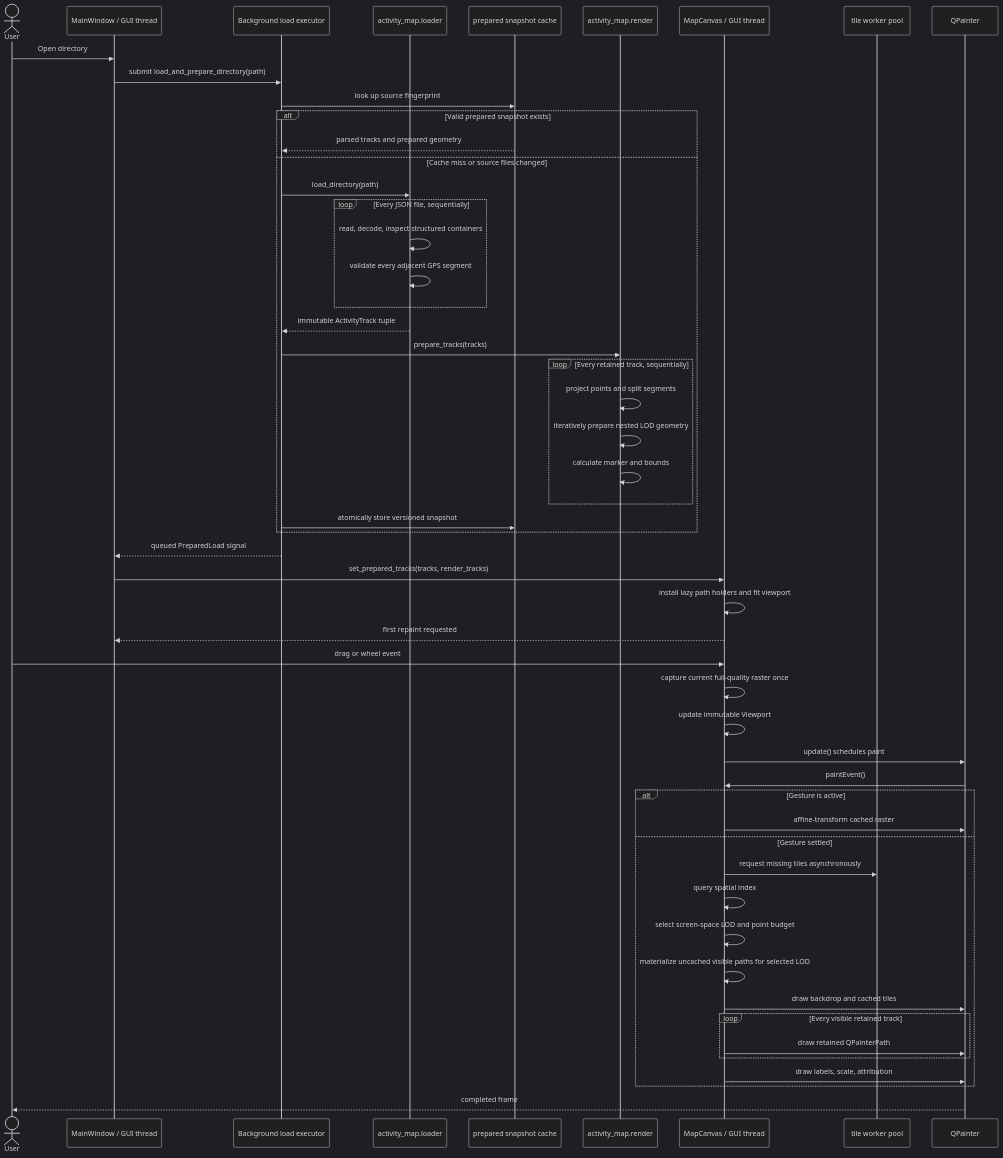
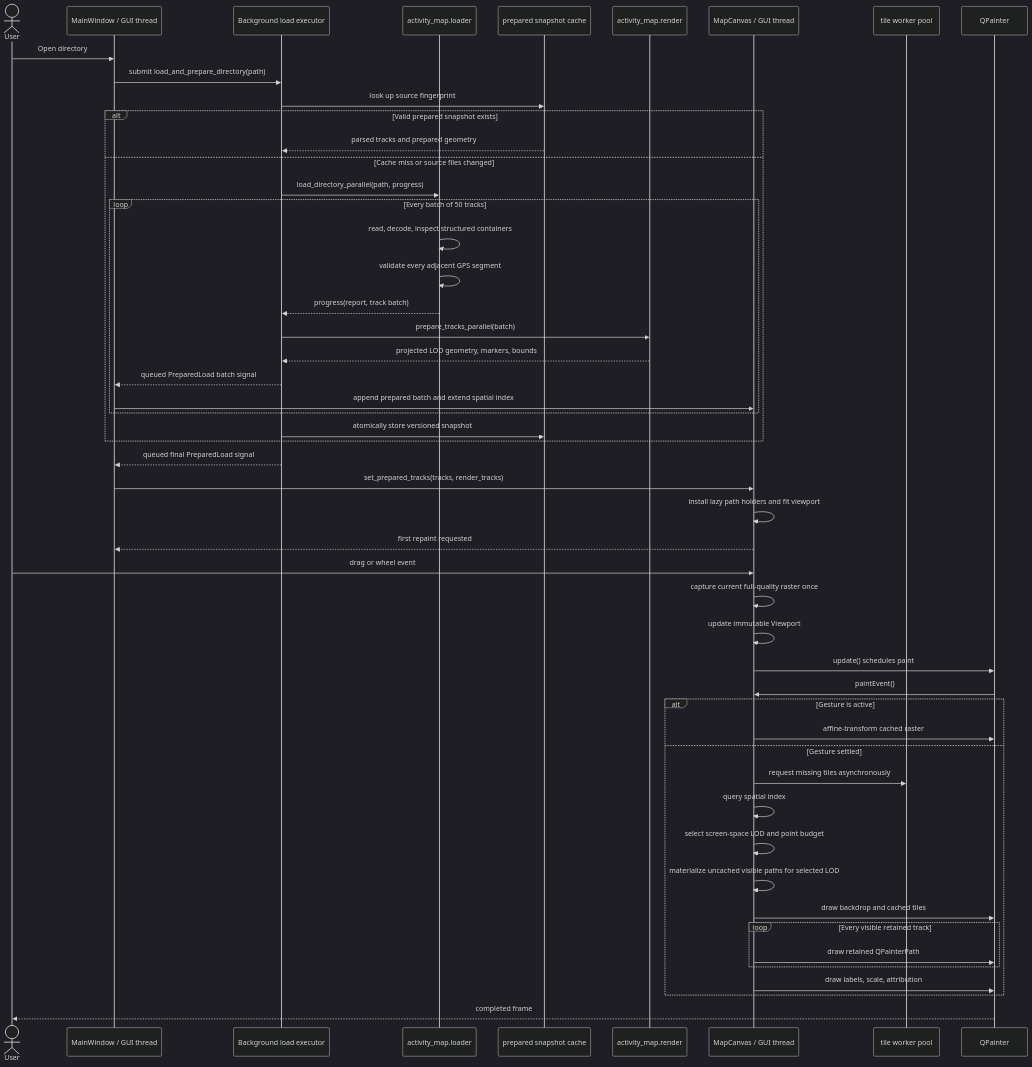
Before and after one commit to marcelpetrick/GarminActivityMap: the second of 3 diagrams in documents/data_flow.md, drawn with Mermaid (dark theme). The commit also changed other lines of this file and 4 other files, not shown here.

First line of the commit message:
docs(data-flow): describe the current batched loading and LOD pipeline

````diff
--- a/documents/data_flow.md
+++ b/documents/data_flow.md
@@ -67,57 +72,55 @@
 ```mermaid
 sequenceDiagram
   actor User
   participant Window as MainWindow / GUI thread
   participant Worker as Background load executor
   participant Loader as activity_map.loader
   participant Cache as prepared snapshot cache
   participant Render as activity_map.render
   participant Canvas as MapCanvas / GUI thread
   participant Tiles as tile worker pool
   participant Qt as QPainter
 
   User->>Window: Open directory
   Window->>Worker: submit load_and_prepare_directory(path)
   Worker->>Cache: look up source fingerprint
   alt Valid prepared snapshot exists
     Cache-->>Worker: parsed tracks and prepared geometry
   else Cache miss or source files changed
-    Worker->>Loader: load_directory(path)
-    loop Every JSON file, sequentially
+    Worker->>Loader: load_directory_parallel(path, progress)
+    loop Every batch of 50 tracks
       Loader->>Loader: read, decode, inspect structured containers
       Loader->>Loader: validate every adjacent GPS segment
-    end
-    Loader-->>Worker: immutable ActivityTrack tuple
-    Worker->>Render: prepare_tracks(tracks)
-    loop Every retained track, sequentially
-      Render->>Render: project points and split segments
-      Render->>Render: iteratively prepare nested LOD geometry
-      Render->>Render: calculate marker and bounds
+      Loader-->>Worker: progress(report, track batch)
+      Worker->>Render: prepare_tracks_parallel(batch)
+      Render-->>Worker: projected LOD geometry, markers, bounds
+      Worker-->>Window: queued PreparedLoad batch signal
+      Window->>Canvas: append prepared batch and extend spatial index
     end
     Worker->>Cache: atomically store versioned snapshot
   end
-  Worker-->>Window: queued PreparedLoad signal
+  Worker-->>Window: queued final PreparedLoad signal
   Window->>Canvas: set_prepared_tracks(tracks, render_tracks)
   Canvas->>Canvas: install lazy path holders and fit viewport
   Canvas-->>Window: first repaint requested
 
   User->>Canvas: drag or wheel event
   Canvas->>Canvas: capture current full-quality raster once
   Canvas->>Canvas: update immutable Viewport
   Canvas->>Qt: update() schedules paint
   Qt->>Canvas: paintEvent()
   alt Gesture is active
     Canvas->>Qt: affine-transform cached raster
   else Gesture settled
     Canvas->>Tiles: request missing tiles asynchronously
     Canvas->>Canvas: query spatial index
     Canvas->>Canvas: select screen-space LOD and point budget
     Canvas->>Canvas: materialize uncached visible paths for selected LOD
     Canvas->>Qt: draw backdrop and cached tiles
     loop Every visible retained track
       Canvas->>Qt: draw retained QPainterPath
     end
     Canvas->>Qt: draw labels, scale, attribution
   end
   Qt-->>User: completed frame
 ```
````
